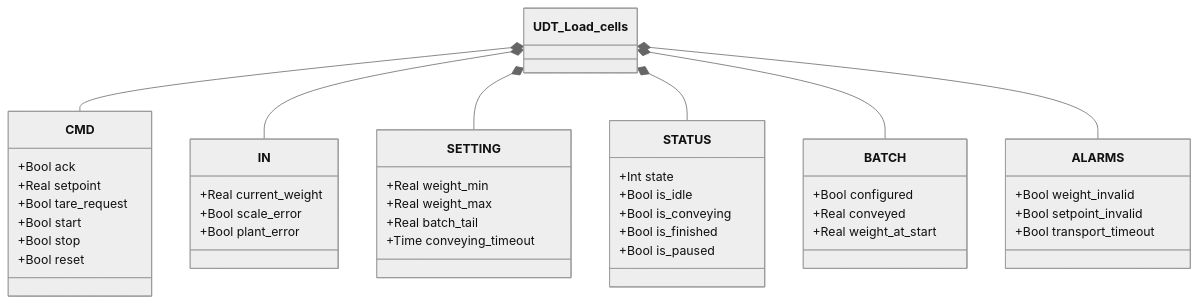
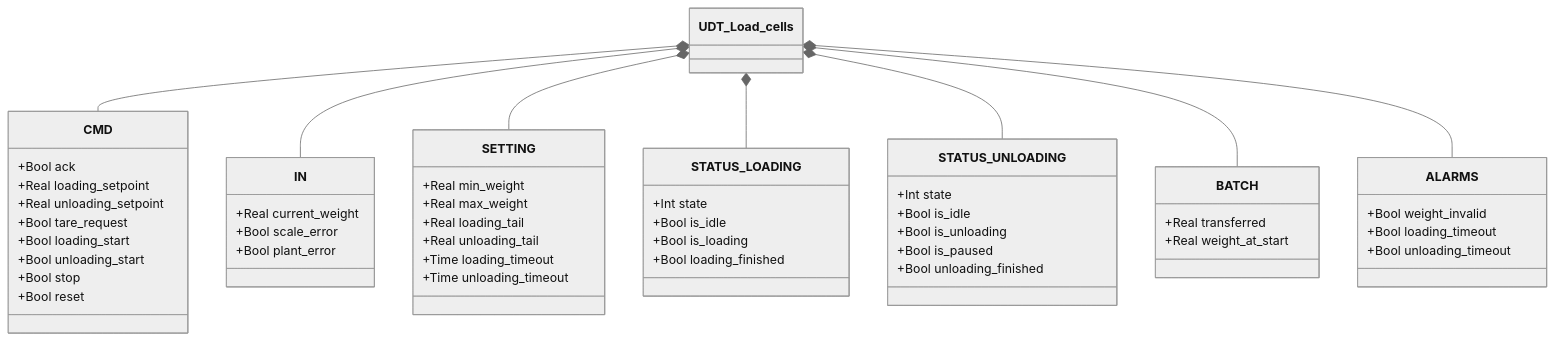
One commit to AleFire99/TIA_knowledge changed the first of 3 diagrams in docs/library/load-cells/index.it.md. Above: the diagram before and after it, drawn with Mermaid (neutral theme). The commit also changed other lines of this file and 95 other files, not shown here.

````diff
--- a/docs/library/load-cells/index.it.md
+++ b/docs/library/load-cells/index.it.md
@@ -123,46 +148,56 @@
 ```mermaid
 classDiagram
     class UDT_Load_cells
     class CMD {
         +Bool ack
-        +Real setpoint
+        +Real loading_setpoint
+        +Real unloading_setpoint
         +Bool tare_request
-        +Bool start
+        +Bool loading_start
+        +Bool unloading_start
         +Bool stop
         +Bool reset
     }
     class IN {
         +Real current_weight
         +Bool scale_error
         +Bool plant_error
     }
     class SETTING {
-        +Real weight_min
-        +Real weight_max
-        +Real batch_tail
-        +Time conveying_timeout
+        +Real min_weight
+        +Real max_weight
+        +Real loading_tail
+        +Real unloading_tail
+        +Time loading_timeout
+        +Time unloading_timeout
     }
-    class STATUS {
+    class STATUS_LOADING {
         +Int state
         +Bool is_idle
-        +Bool is_conveying
-        +Bool is_finished
+        +Bool is_loading
+        +Bool loading_finished
+    }
+    class STATUS_UNLOADING {
+        +Int state
+        +Bool is_idle
+        +Bool is_unloading
         +Bool is_paused
+        +Bool unloading_finished
     }
     class BATCH {
-        +Bool configured
-        +Real conveyed
+        +Real transferred
         +Real weight_at_start
     }
     class ALARMS {
         +Bool weight_invalid
-        +Bool setpoint_invalid
-        +Bool transport_timeout
+        +Bool loading_timeout
+        +Bool unloading_timeout
     }
     UDT_Load_cells *-- CMD
     UDT_Load_cells *-- IN
     UDT_Load_cells *-- SETTING
-    UDT_Load_cells *-- STATUS
+    UDT_Load_cells *-- STATUS_LOADING
+    UDT_Load_cells *-- STATUS_UNLOADING
     UDT_Load_cells *-- BATCH
     UDT_Load_cells *-- ALARMS
 ```
````
